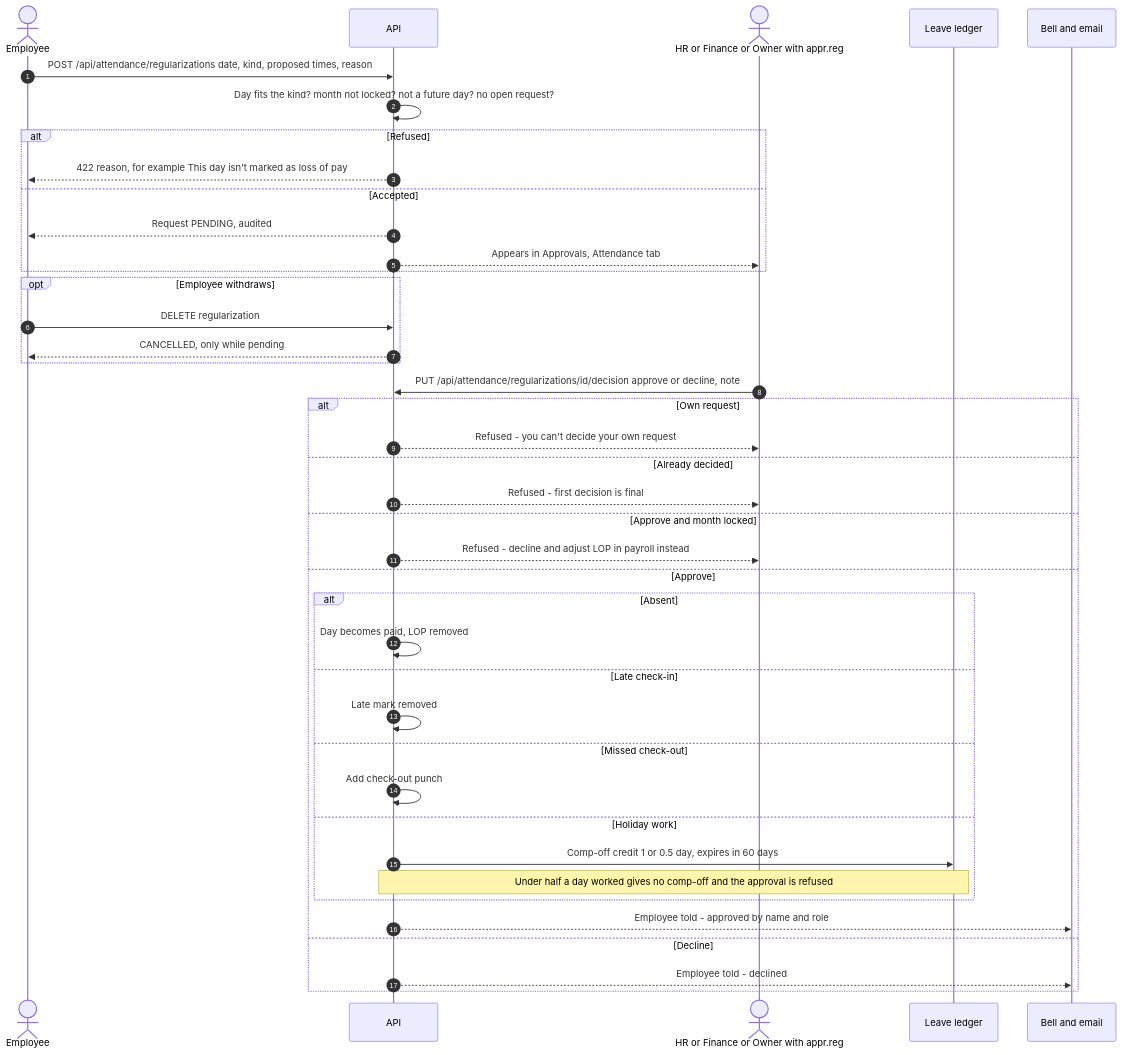
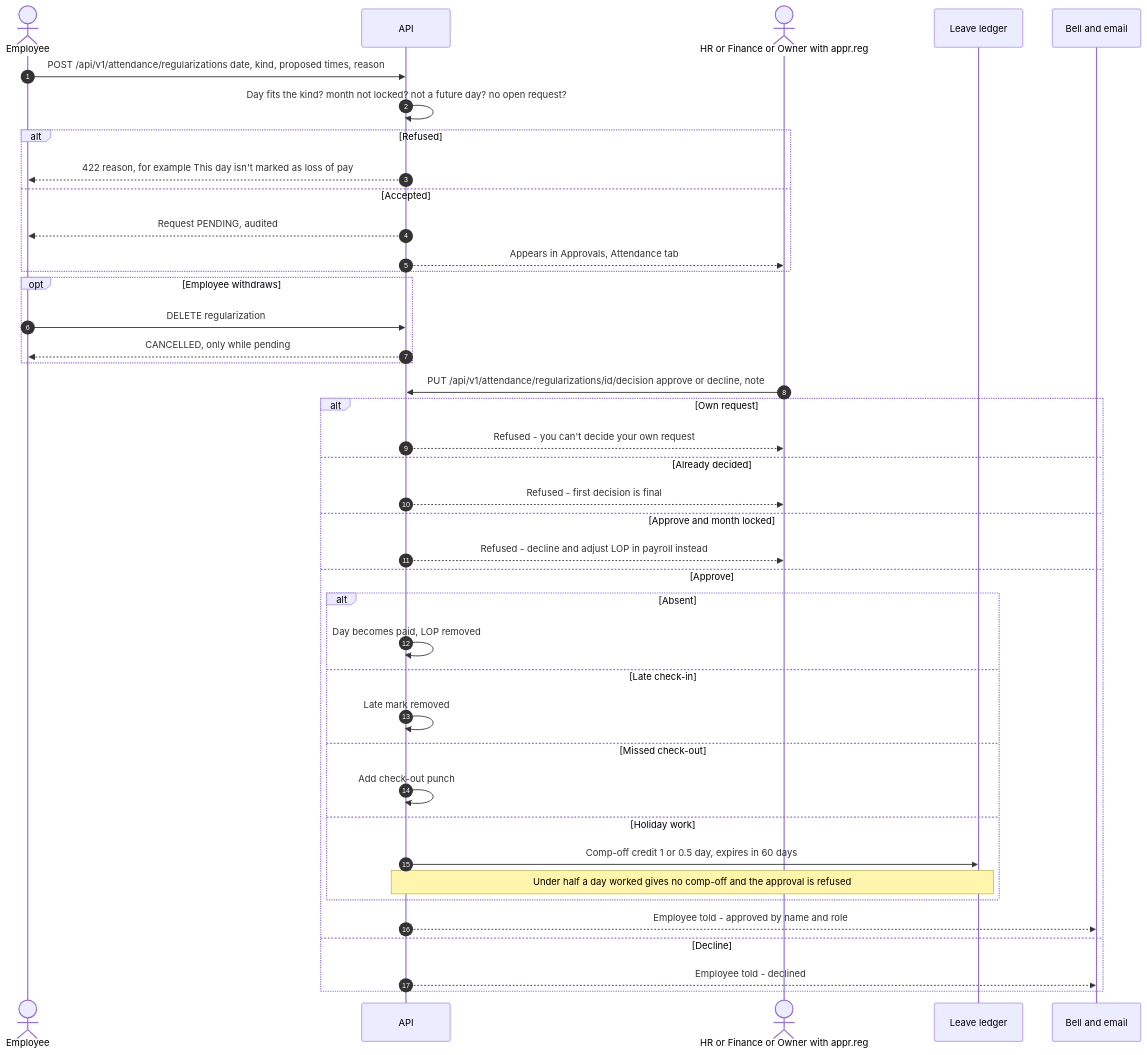
The seventh of 23 diagrams in references/FLOW-JurisOne.md (amitjurislpo/Juris-one), drawn with Mermaid before and after one commit. The commit also changed other lines of this file and 95 other files, not shown here.

````diff
--- a/references/FLOW-JurisOne.md
+++ b/references/FLOW-JurisOne.md
@@ -298,44 +298,44 @@
 ```mermaid
 sequenceDiagram
     autonumber
     actor E as Employee
     participant API as API
     actor AP as HR or Finance or Owner with appr.reg
     participant L as Leave ledger
     participant N as Bell and email
 
-    E->>API: POST /api/attendance/regularizations date, kind, proposed times, reason
+    E->>API: POST /api/v1/attendance/regularizations date, kind, proposed times, reason
     API->>API: Day fits the kind? month not locked? not a future day? no open request?
     alt Refused
         API-->>E: 422 reason, for example This day isn't marked as loss of pay
     else Accepted
         API-->>E: Request PENDING, audited
         API-->>AP: Appears in Approvals, Attendance tab
     end
     opt Employee withdraws
         E->>API: DELETE regularization
         API-->>E: CANCELLED, only while pending
     end
-    AP->>API: PUT /api/attendance/regularizations/id/decision approve or decline, note
+    AP->>API: PUT /api/v1/attendance/regularizations/id/decision approve or decline, note
     alt Own request
         API-->>AP: Refused - you can't decide your own request
     else Already decided
         API-->>AP: Refused - first decision is final
     else Approve and month locked
         API-->>AP: Refused - decline and adjust LOP in payroll instead
     else Approve
         alt Absent
             API->>API: Day becomes paid, LOP removed
         else Late check-in
             API->>API: Late mark removed
         else Missed check-out
             API->>API: Add check-out punch
         else Holiday work
             API->>L: Comp-off credit 1 or 0.5 day, expires in 60 days
             Note over API,L: Under half a day worked gives no comp-off and the approval is refused
         end
         API-->>N: Employee told - approved by name and role
     else Decline
         API-->>N: Employee told - declined
     end
 ```
````
